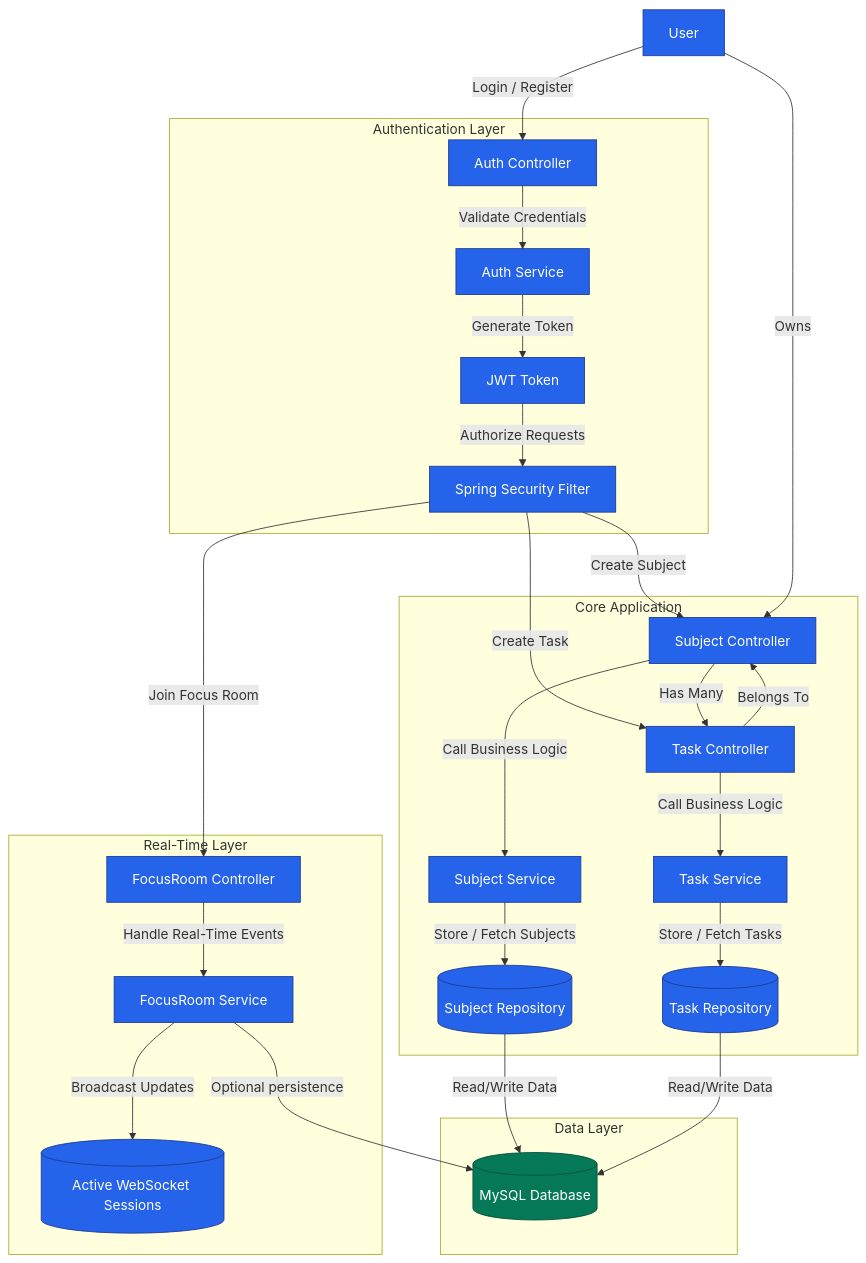
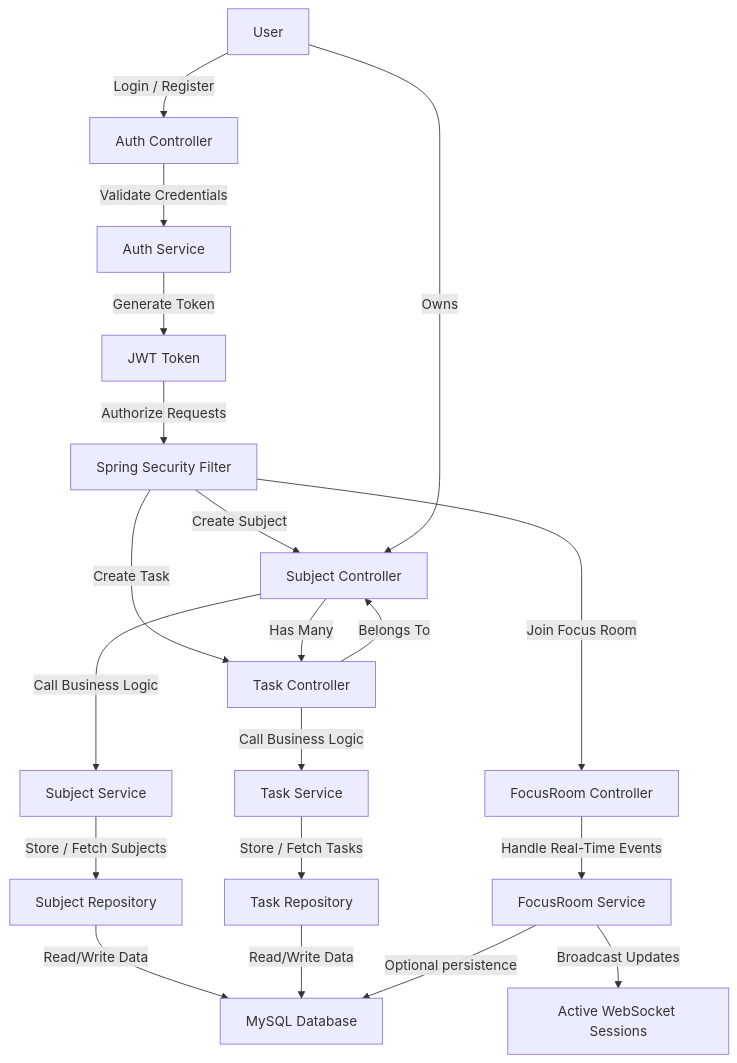
One commit to Chaitanya3107/StudySync changed the diagram in README.md. Above: the diagram before and after it, drawn with Mermaid.

````diff
--- a/README.md
+++ b/README.md
@@ -66,59 +66,44 @@
 ```mermaid
  graph TD
-    A[User] -->|Login / Register| B[Auth Controller]
-    B -->|Validate Credentials| C[Auth Service]
-    C -->|Generate Token| D[JWT Token]
-    D -->|Authorize Requests| E[Spring Security Filter]
+    A[User]
+    B[Auth Controller]
+    C[Auth Service]
+    D[JWT Token]
+    E[Spring Security Filter]
+    F[Subject Controller]
+    G[Subject Service]
+    H[Subject Repository]
+    I[Task Controller]
+    J[Task Service]
+    K[Task Repository]
+    L[FocusRoom Controller]
+    M[FocusRoom Service]
+    N[Active WebSocket Sessions]
+    O[MySQL Database]
 
-    E -->|Create Subject| F[Subject Controller]
-    F -->|Call Business Logic| G[Subject Service]
-    G -->|Store / Fetch Subjects| H[(Subject Repository)]
+    A -->|Login / Register| B
+    B -->|Validate Credentials| C
+    C -->|Generate Token| D
+    D -->|Authorize Requests| E
 
-    E -->|Create Task| I[Task Controller]
-    I -->|Call Business Logic| J[Task Service]
-    J -->|Store / Fetch Tasks| K[(Task Repository)]
+    E -->|Create Subject| F
+    F -->|Call Business Logic| G
+    G -->|Store / Fetch Subjects| H
 
-    E -->|Join Focus Room| L[FocusRoom Controller]
-    L -->|Handle Real-Time Events| M[FocusRoom Service]
-    M -->|Broadcast Updates| N[(Active WebSocket Sessions)]
+    E -->|Create Task| I
+    I -->|Call Business Logic| J
+    J -->|Store / Fetch Tasks| K
 
-    H -->|Read/Write Data| O[(MySQL Database)]
+    E -->|Join Focus Room| L
+    L -->|Handle Real-Time Events| M
+    M -->|Broadcast Updates| N
+
+    H -->|Read/Write Data| O
     K -->|Read/Write Data| O
     M -->|Optional persistence| O
 
     A -->|Owns| F
     F -->|Has Many| I
     I -->|Belongs To| F
 
-    subgraph Authentication Layer
-        B
-        C
-        D
-        E
-    end
-
-    subgraph Core Application
-        F
-        G
-        H
-        I
-        J
-        K
-    end
-
-    subgraph Real-Time Layer
-        L
-        M
-        N
-    end
-
-    subgraph Data Layer
-        O
-    end
-
-    classDef core fill:#2563eb,stroke:#1e3a8a,color:#fff,stroke-width:1px;
-    classDef data fill:#047857,stroke:#064e3b,color:#fff,stroke-width:1px;
-    class A,B,C,D,E,F,G,H,I,J,K,L,M,N core;
-    class O data;
-
 ```
````
